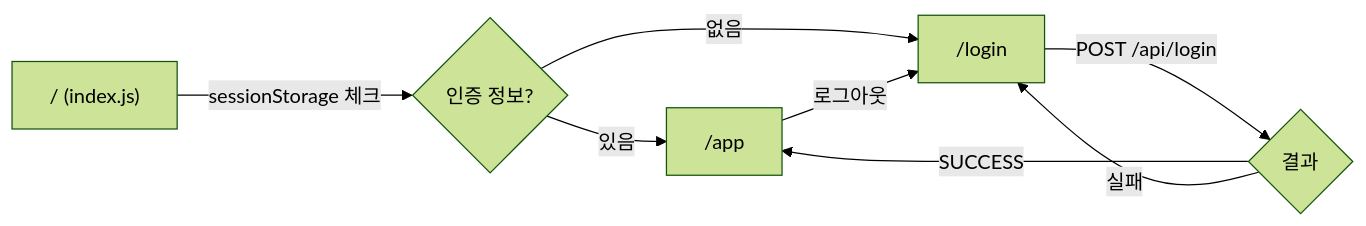
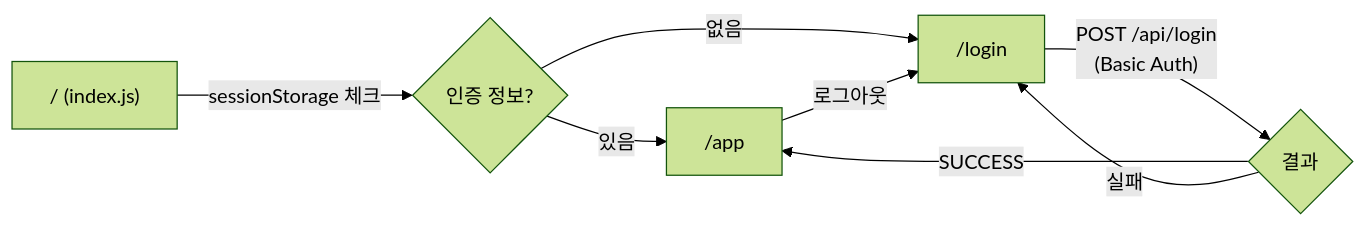
Diagram 12 of 14 in nextjs/README.md (ASNGG/cafe24-demo), drawn with Mermaid (forest theme) before and after one commit. The commit also changed other lines of this file and 7 other files, not shown here.

````diff
--- a/nextjs/README.md
+++ b/nextjs/README.md
@@ -1110,10 +1178,10 @@
 ```mermaid
 flowchart LR
     I["/ (index.js)"] -->|"sessionStorage 체크"| C{인증 정보?}
     C -->|있음| A["/app"]
     C -->|없음| L["/login"]
-    L -->|"POST /api/login"| S{결과}
+    L -->|"POST /api/login<br/>(Basic Auth)"| S{결과}
     S -->|SUCCESS| A
     S -->|실패| L
     A -->|"로그아웃"| L
 ```
````
